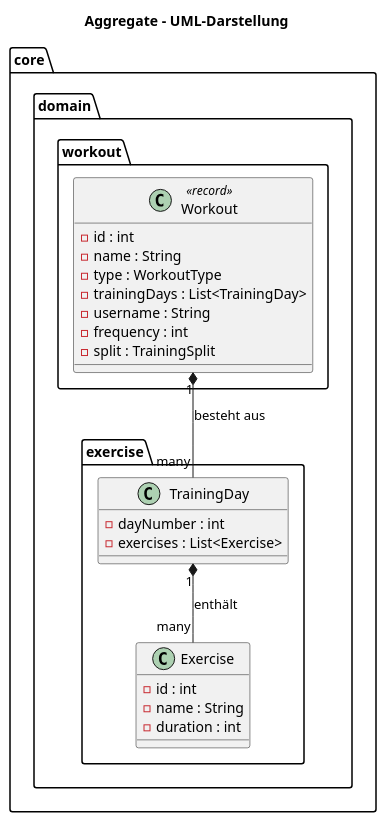
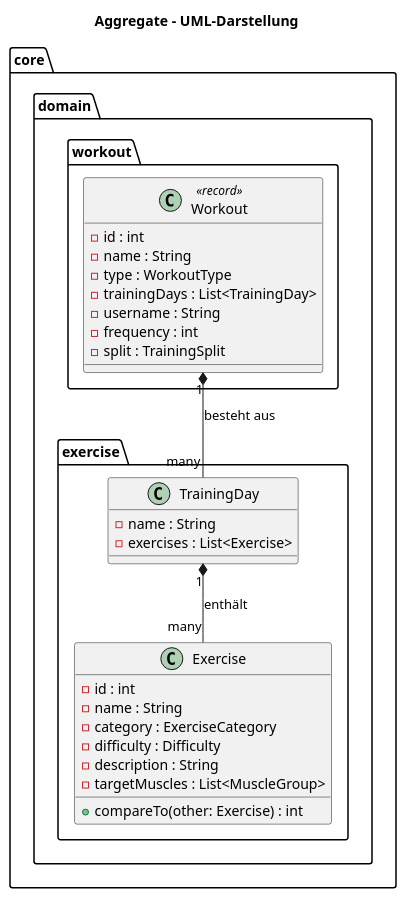
Before and after one commit to NeeroxZ/FitTrackPro_v2: the diagram in protokoll/UML/kapitel6/aggregate.puml, drawn with PlantUML. The commit also changed 13 other files, not shown here.

Commit message:
Hinzufügen des Protokoll...... - ändern UML

```diff
--- a/protokoll/UML/kapitel6/aggregate.puml
+++ b/protokoll/UML/kapitel6/aggregate.puml
@@ -1,32 +1,35 @@
 @startuml aggregate
 title Aggregate – UML-Darstellung
 
 package "core.domain.workout" {
   class Workout <<record>> {
     - id : int
     - name : String
     - type : WorkoutType
     - trainingDays : List<TrainingDay>
     - username : String
     - frequency : int
     - split : TrainingSplit
   }
 }
 
-package "core.domain.exercise" {
-  class TrainingDay {
-    - dayNumber : int
+class core.domain.exercise.TrainingDay {
+    - name : String
     - exercises : List<Exercise>
-  }
+}
 
-  class Exercise {
+class core.domain.exercise.Exercise {
     - id : int
     - name : String
-    - duration : int
-  }
+    - category : ExerciseCategory
+    - difficulty : Difficulty
+    - description : String
+    - targetMuscles : List<MuscleGroup>
+    + compareTo(other: Exercise) : int
 }
+
 
 Workout "1" *-- "many" TrainingDay : besteht aus
 TrainingDay "1" *-- "many" Exercise : enthält
 
 @enduml
```
